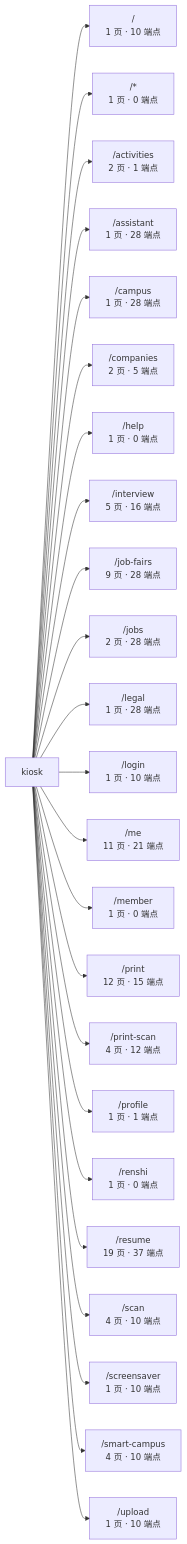
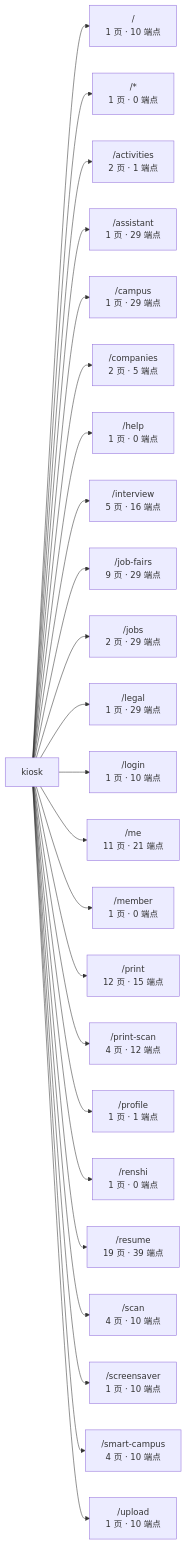
One commit to wanglei581/YITIJI changed the first of 3 diagrams in docs/graph/routes.md. Above: the diagram before and after it, drawn with Mermaid. The commit also changed other lines of this file and 1 other file, not shown here.

Commit message:
chore(graph): rebase 后重跑图谱

````diff
--- a/docs/graph/routes.md
+++ b/docs/graph/routes.md
@@ -17,27 +17,27 @@
 ```mermaid
 flowchart LR
   app["kiosk"]
   app --> _root_["/<br/>1 页 · 10 端点"]
   app --> _["/*<br/>1 页 · 0 端点"]
   app --> activities["/activities<br/>2 页 · 1 端点"]
-  app --> assistant["/assistant<br/>1 页 · 28 端点"]
-  app --> campus["/campus<br/>1 页 · 28 端点"]
+  app --> assistant["/assistant<br/>1 页 · 29 端点"]
+  app --> campus["/campus<br/>1 页 · 29 端点"]
   app --> companies["/companies<br/>2 页 · 5 端点"]
   app --> help["/help<br/>1 页 · 0 端点"]
   app --> interview["/interview<br/>5 页 · 16 端点"]
-  app --> job_fairs["/job-fairs<br/>9 页 · 28 端点"]
-  app --> jobs["/jobs<br/>2 页 · 28 端点"]
-  app --> legal["/legal<br/>1 页 · 28 端点"]
+  app --> job_fairs["/job-fairs<br/>9 页 · 29 端点"]
+  app --> jobs["/jobs<br/>2 页 · 29 端点"]
+  app --> legal["/legal<br/>1 页 · 29 端点"]
   app --> login["/login<br/>1 页 · 10 端点"]
   app --> me["/me<br/>11 页 · 21 端点"]
   app --> member["/member<br/>1 页 · 0 端点"]
   app --> print["/print<br/>12 页 · 15 端点"]
   app --> print_scan["/print-scan<br/>4 页 · 12 端点"]
   app --> profile["/profile<br/>1 页 · 1 端点"]
   app --> renshi["/renshi<br/>1 页 · 0 端点"]
-  app --> resume["/resume<br/>19 页 · 37 端点"]
+  app --> resume["/resume<br/>19 页 · 39 端点"]
   app --> scan["/scan<br/>4 页 · 10 端点"]
   app --> screensaver["/screensaver<br/>1 页 · 10 端点"]
   app --> smart_campus["/smart-campus<br/>4 页 · 10 端点"]
   app --> upload["/upload<br/>1 页 · 10 端点"]
 ```
````
